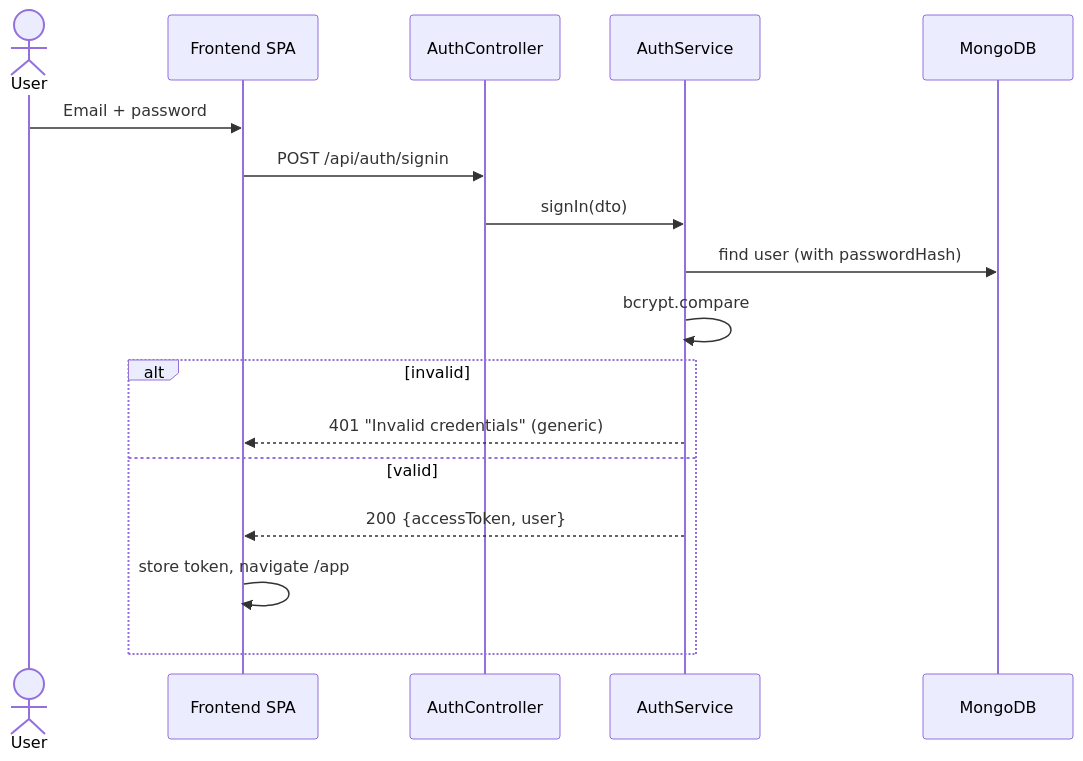
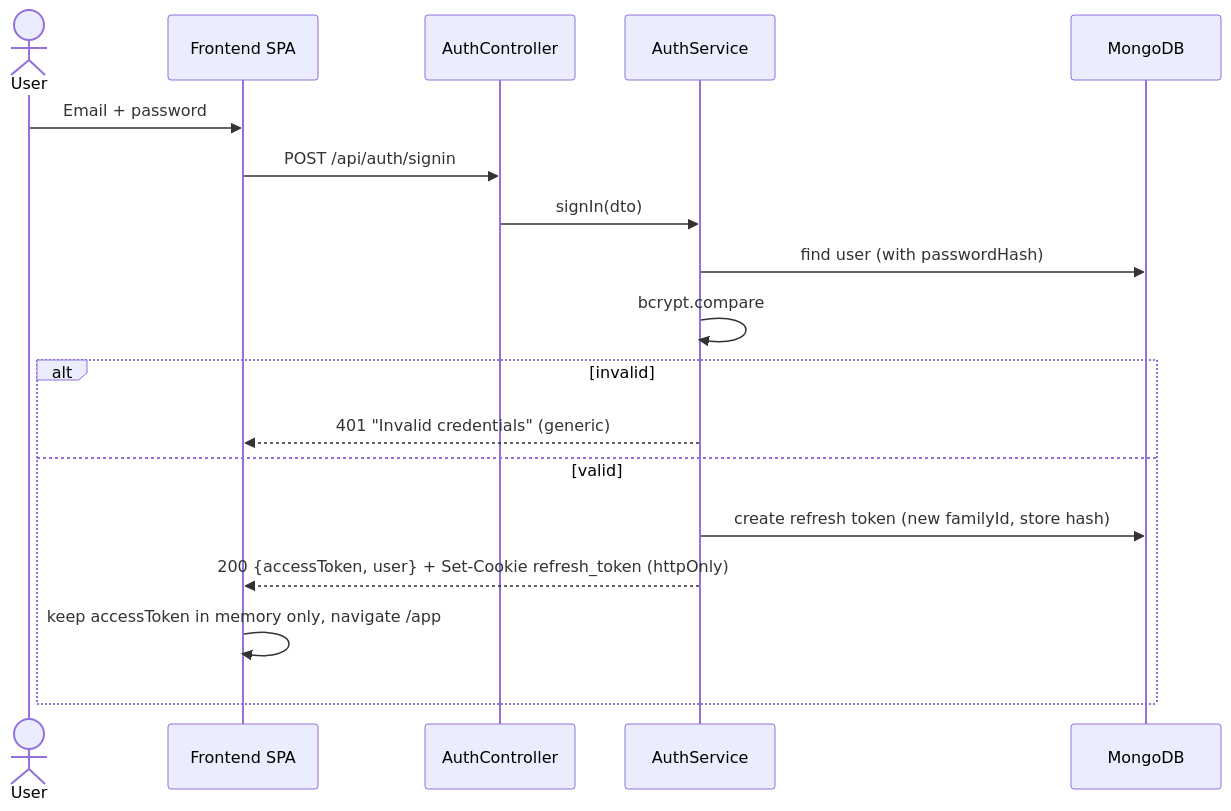
One commit to Rowan-habashy/easyGenerator-auth changed the second of 5 diagrams in docs/architecture/auth-flow.md. Above: the diagram before and after it, drawn with Mermaid. The commit also changed other lines of this file and 5 other files, not shown here.

````diff
--- a/docs/architecture/auth-flow.md
+++ b/docs/architecture/auth-flow.md
@@ -33,20 +34,21 @@
 ```mermaid
 sequenceDiagram
     actor U as User
     participant F as Frontend SPA
     participant A as AuthController
     participant S as AuthService
     participant D as MongoDB
 
     U->>F: Email + password
     F->>A: POST /api/auth/signin
     A->>S: signIn(dto)
     S->>D: find user (with passwordHash)
     S->>S: bcrypt.compare
     alt invalid
         S-->>F: 401 "Invalid credentials" (generic)
     else valid
-        S-->>F: 200 {accessToken, user}
-        F->>F: store token, navigate /app
+        S->>D: create refresh token (new familyId, store hash)
+        S-->>F: 200 {accessToken, user} + Set-Cookie refresh_token (httpOnly)
+        F->>F: keep accessToken in memory only, navigate /app
     end
 ```
````
